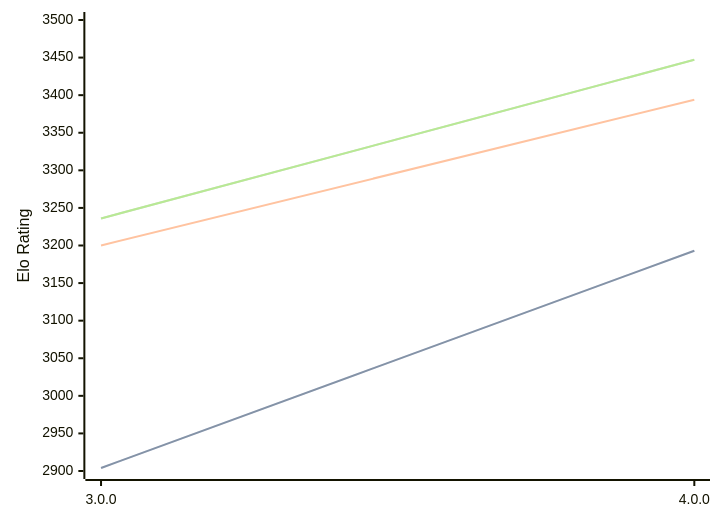
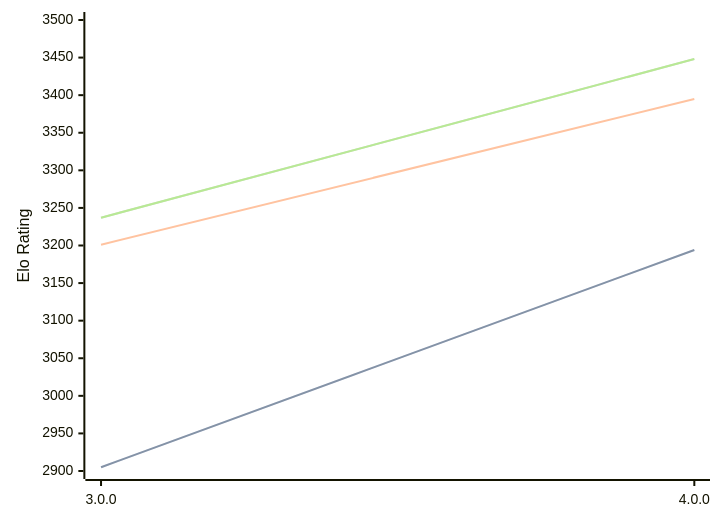
The diagram in engines/Avalanche.md (computer-chess-index/cci), drawn with Mermaid before and after one commit. The commit also changed other lines of this file, not shown here.

Commit message:
Update CCI Ratings (ELO VLTC) - 2026-10-09

````diff
--- a/engines/Avalanche.md
+++ b/engines/Avalanche.md
@@ -32,11 +32,11 @@
 ```mermaid
 %%{init: {"theme":"base","themeVariables":{"seriesColors:['#a3a3a3','#222221','#faa371']}}}%%
 xychart-beta
   x-axis ["3.0.0", "4.0.0"]
   y-axis "Elo Rating" 2900 --> 3500
-  line "" [2904, 3193]
-  line "STC (8.0+0.08s)" [2904, 3193]
-  line "LTC (60.0+0.60s)" [3200, 3394]
-  line "" [3236, 3447]
-  line "VLTC (2m24s+1.12s)" [3236, 3447]
+  line "" [2905, 3194]
+  line "STC (8.0+0.08s)" [2905, 3194]
+  line "LTC (60.0+0.60s)" [3201, 3395]
+  line "" [3237, 3448]
+  line "VLTC (2m24s+1.12s)" [3237, 3448]
 ```
````
